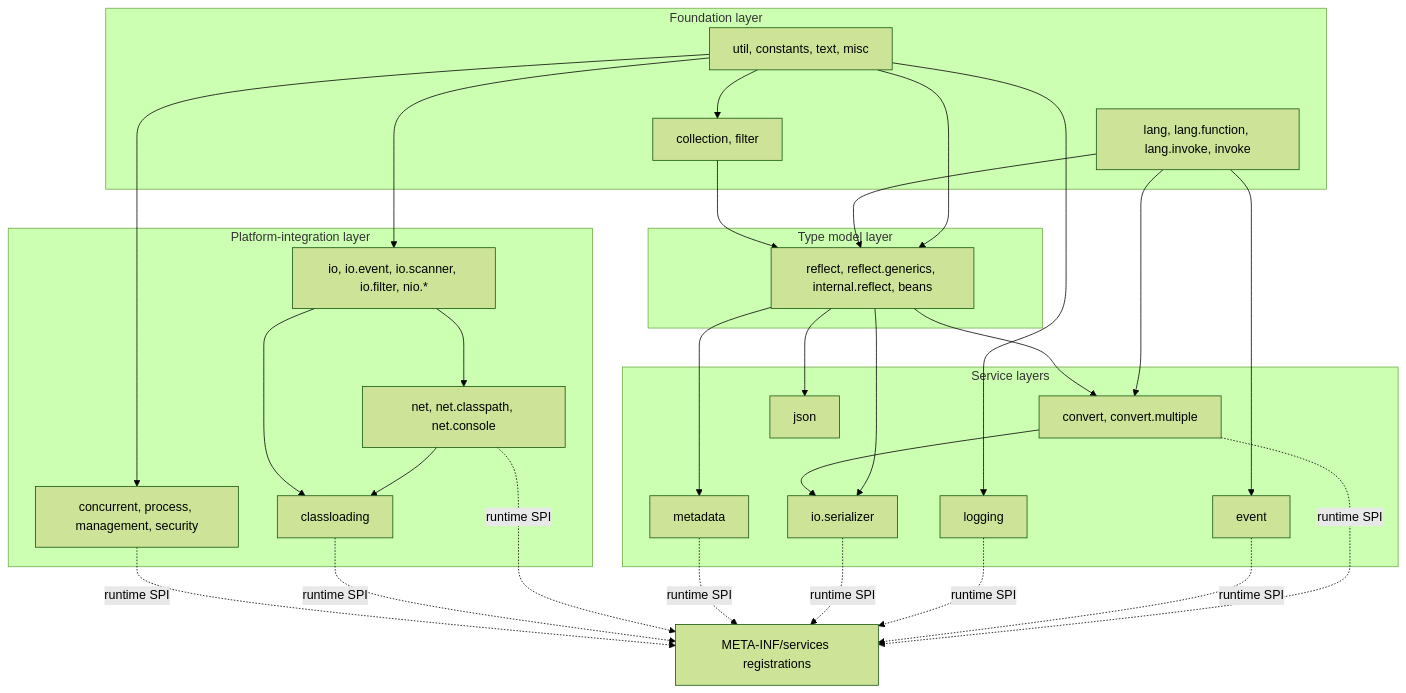
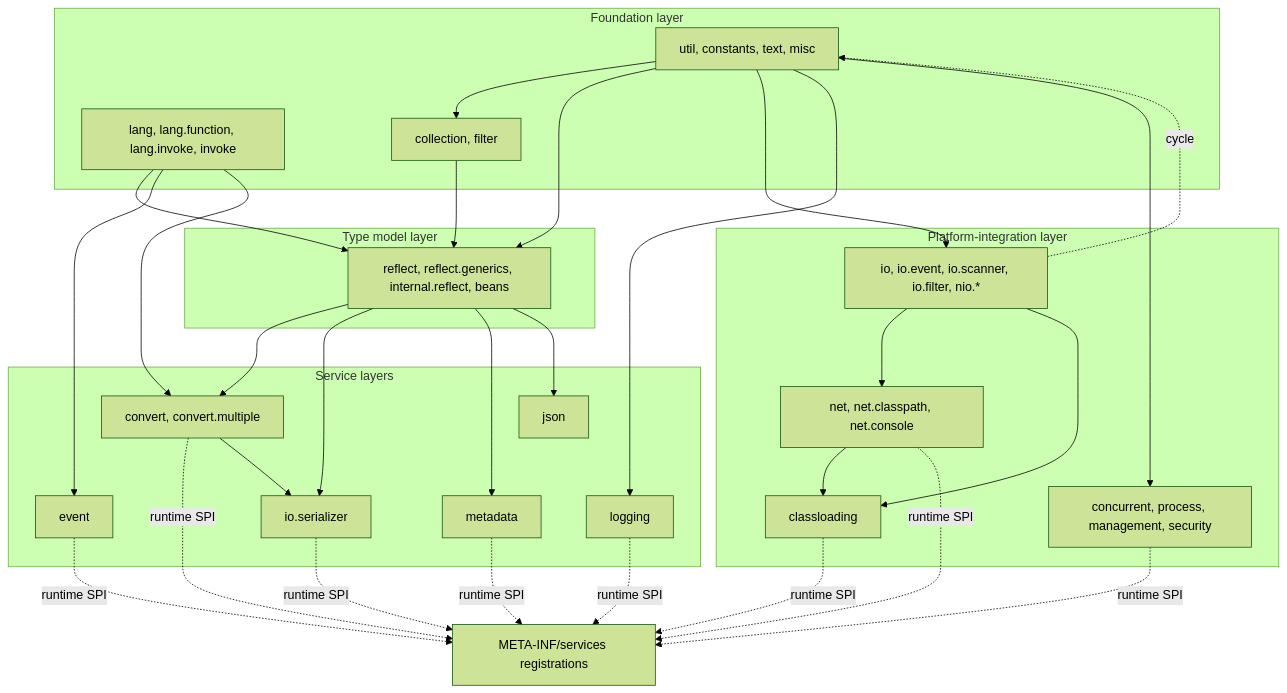
Before and after one commit to microsphere-projects/microsphere-java: the diagram in docs/current/developer-guide/microsphere-java-core/README.md, drawn with Mermaid (forest theme). The commit also changed other lines of this file and 113 other files, not shown here.

````diff
--- a/docs/current/developer-guide/microsphere-java-core/README.md
+++ b/docs/current/developer-guide/microsphere-java-core/README.md
@@ -14,51 +14,52 @@
 ```mermaid
 graph TD
     subgraph Base["Foundation layer"]
         UTIL["util, constants, text, misc"]
         LANG["lang, lang.function, lang.invoke, invoke"]
         COLL["collection, filter"]
     end
     subgraph Model["Type model layer"]
         REFL["reflect, reflect.generics, internal.reflect, beans"]
     end
     subgraph Services["Service layers"]
         CONV["convert, convert.multiple"]
         SERIAL["io.serializer"]
         EVENT["event"]
         LOG["logging"]
         JSON["json"]
         META["metadata"]
     end
     subgraph Platform["Platform-integration layer"]
         IO["io, io.event, io.scanner, io.filter, nio.*"]
         NET["net, net.classpath, net.console"]
         CL["classloading"]
         PROC["concurrent, process, management, security"]
     end
 
     UTIL --> COLL
     UTIL --> REFL
     LANG --> REFL
     LANG --> EVENT
     LANG --> CONV
     COLL --> REFL
     REFL --> CONV
     REFL --> SERIAL
     REFL --> META
     REFL --> JSON
     UTIL --> IO
+    IO -. cycle .-> UTIL
     IO --> NET
     NET --> CL
     IO --> CL
     UTIL --> LOG
     UTIL --> PROC
     CONV -.runtime SPI.-> SERVICES2["META-INF/services registrations"]
     EVENT -.runtime SPI.-> SERVICES2
     LOG -.runtime SPI.-> SERVICES2
     SERIAL -.runtime SPI.-> SERVICES2
     META -.runtime SPI.-> SERVICES2
     NET -.runtime SPI.-> SERVICES2
     CL -.runtime SPI.-> SERVICES2
     PROC -.runtime SPI.-> SERVICES2
     CONV --> SERIAL
 ```
````
